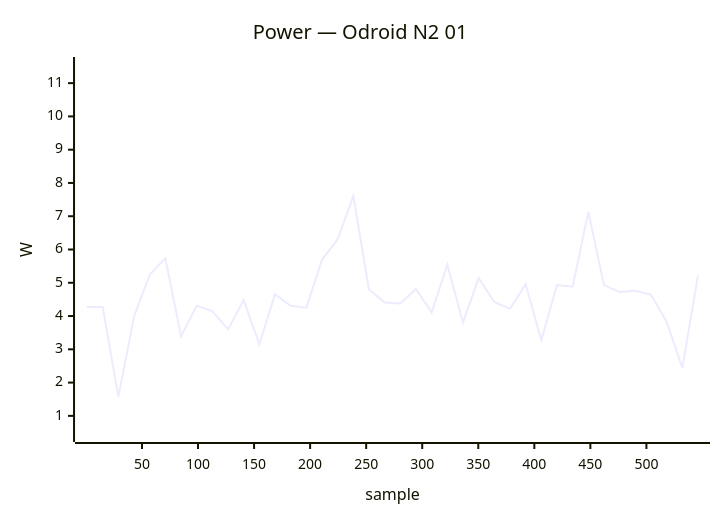
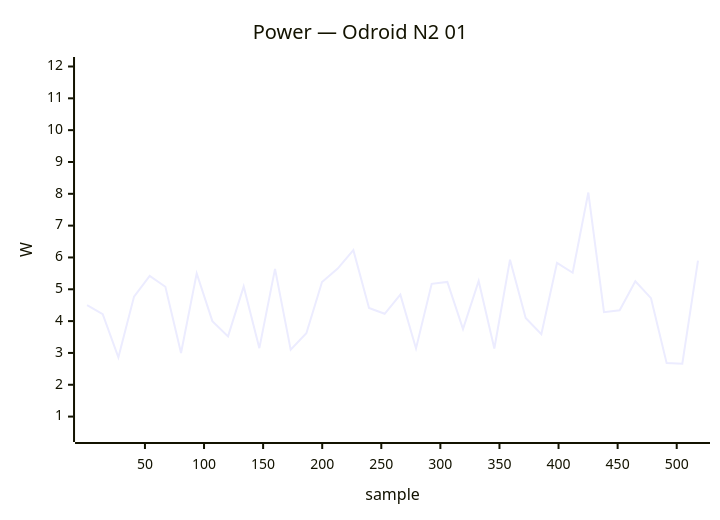
Before and after one commit to armbian/documentation: the fourth of 34 diagrams in docs/status/board-tests.md, drawn with Mermaid. The commit also changed other lines of this file, not shown here.

````diff
--- a/docs/status/board-tests.md
+++ b/docs/status/board-tests.md
@@ -190,7 +190,7 @@
 ```mermaid
 xychart-beta
     title "Power — Odroid N2 01"
-    x-axis "sample" 1 --> 546
-    y-axis "W" 0.5 --> 11.5
-    line [4.27, 4.27, 1.57, 3.99, 5.24, 5.74, 3.39, 4.31, 4.15, 3.60, 4.48, 3.15, 4.66, 4.31, 4.25, 5.69, 6.31, 7.61, 4.80, 4.41, 4.38, 4.81, 4.11, 5.54, 3.80, 5.14, 4.42, 4.22, 4.96, 3.27, 4.93, 4.88, 7.13, 4.93, 4.72, 4.76, 4.64, 3.83, 2.44, 5.22]
+    x-axis "sample" 1 --> 518
+    y-axis "W" 0.5 --> 12.0
+    line [4.50, 4.22, 2.86, 4.77, 5.42, 5.08, 3.00, 5.50, 4.00, 3.52, 5.09, 3.15, 5.64, 3.10, 3.62, 5.23, 5.65, 6.23, 4.41, 4.23, 4.83, 3.14, 5.17, 5.23, 3.75, 5.26, 3.14, 5.93, 4.10, 3.59, 5.83, 5.52, 8.04, 4.28, 4.34, 5.25, 4.72, 2.68, 2.66, 5.90]
 ```
````
